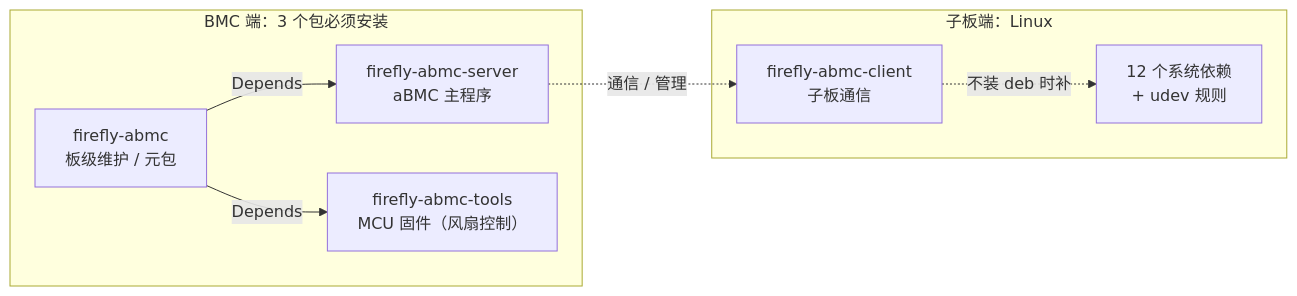
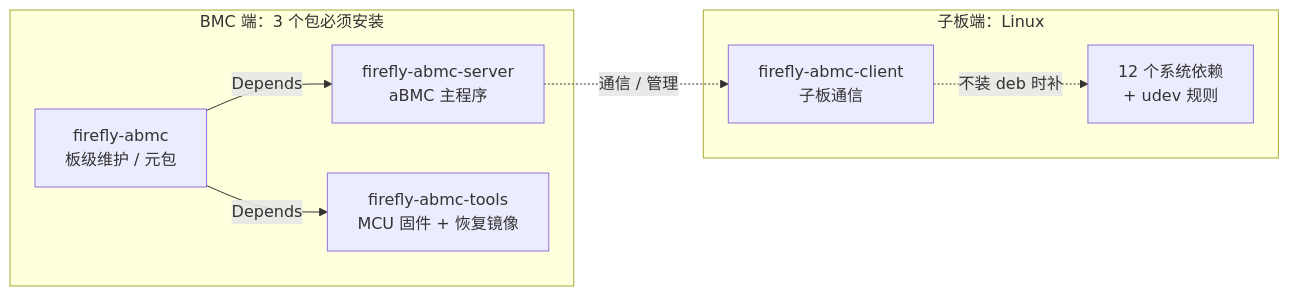
One commit to Firefly-docs/server-docs changed the diagram in zh/BMC软件/aBMC/install.md. Above: the diagram before and after it, drawn with Mermaid. The commit also changed other lines of this file and 46 other files, not shown here.

````diff
--- a/zh/BMC软件/aBMC/install.md
+++ b/zh/BMC软件/aBMC/install.md
@@ -35,18 +35,18 @@
 ```mermaid
 flowchart LR
   subgraph BMC["BMC 端：3 个包必须安装"]
     meta["firefly-abmc<br/>板级维护 / 元包"]
     server["firefly-abmc-server<br/>aBMC 主程序"]
-    tools["firefly-abmc-tools<br/>MCU 固件（风扇控制）"]
+    tools["firefly-abmc-tools<br/>MCU 固件 + 恢复镜像"]
     meta -->|Depends| server
     meta -->|Depends| tools
   end
 
   subgraph SUB["子板端：Linux"]
     client["firefly-abmc-client<br/>子板通信"]
     deps["12 个系统依赖<br/>+ udev 规则"]
     client -.->|不装 deb 时补| deps
   end
 
   server -.->|通信 / 管理| client
 ```
````
